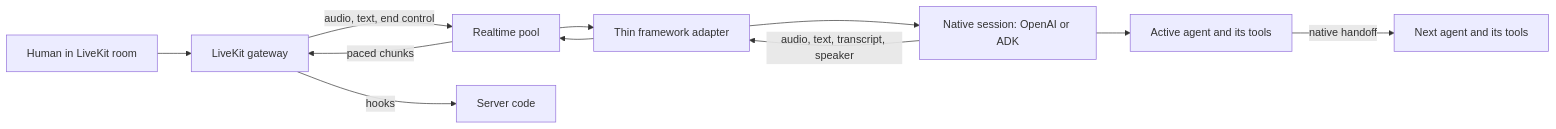
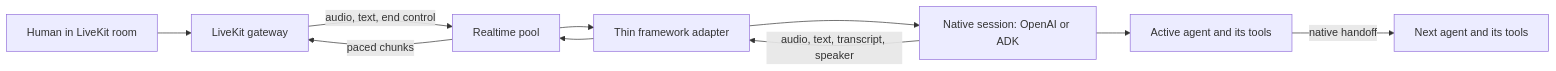
The diagram in docs/specs/810-native-realtime-agents/design.md (yaalalabs/agent-kernel), drawn with Mermaid before and after one commit. The commit also changed other lines of this file and 26 other files, not shown here.

````diff
--- a/docs/specs/810-native-realtime-agents/design.md
+++ b/docs/specs/810-native-realtime-agents/design.md
@@ -18,13 +22,12 @@
 ```mermaid
 flowchart LR
     H[Human in LiveKit room] --> E[LiveKit gateway]
     E -- audio, text, end control --> P[Realtime pool]
     P --> A[Thin framework adapter]
     A --> S[Native session: OpenAI or ADK]
     S --> T[Active agent and its tools]
     T -- native handoff --> N[Next agent and its tools]
     S -- audio, text, transcript, speaker --> A
     A --> P
     P -- paced chunks --> E
-    E -- hooks --> U[Server code]
 ```
````
